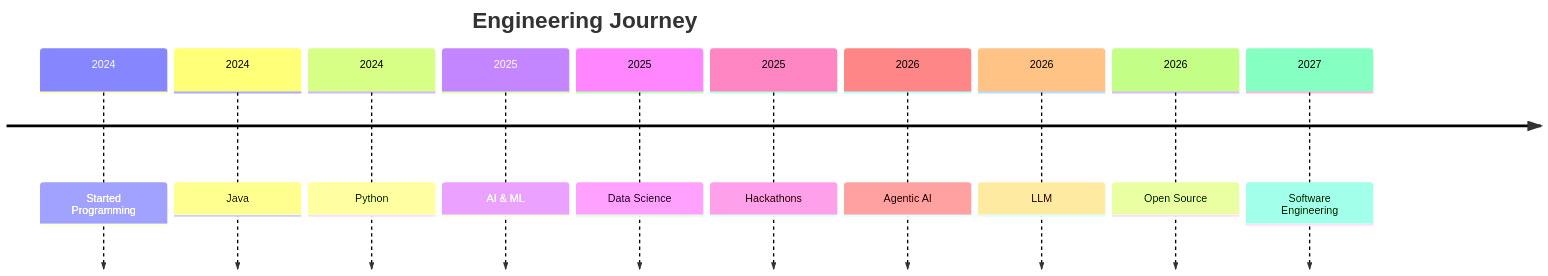
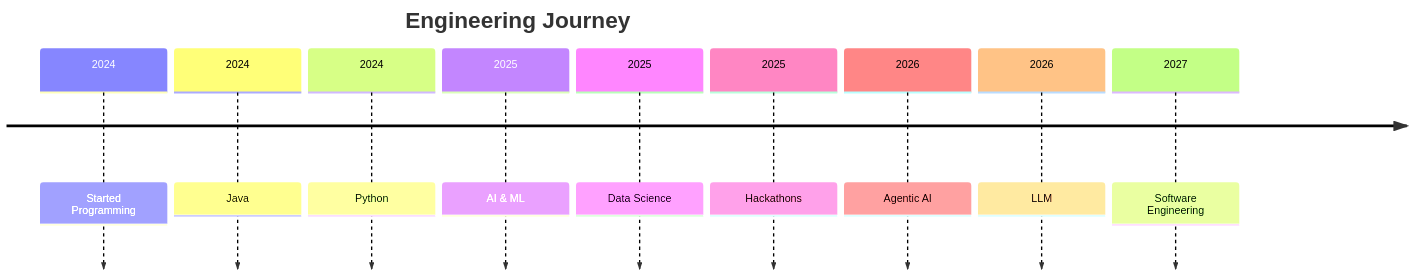
The diagram in README.md (AKASH-M-hub/AKASH-M-hub), drawn with Mermaid before and after one commit. The commit also changed other lines of this file, not shown here.

````diff
--- a/README.md
+++ b/README.md
@@ -574,26 +445,24 @@
 ```mermaid
 timeline
 
 title Engineering Journey
 
 2024 : Started Programming
 
 2024 : Java
 
 2024 : Python
 
 2025 : AI & ML
 
 2025 : Data Science
 
 2025 : Hackathons
 
 2026 : Agentic AI
 
 2026 : LLM
 
-2026 : Open Source
-
 2027 : Software Engineering
 
 ```
````
